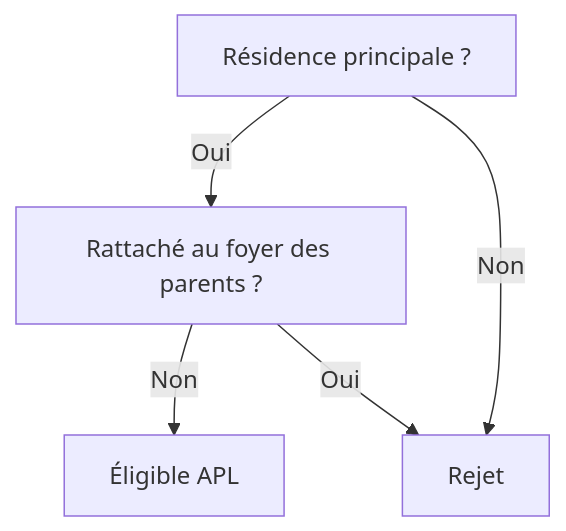
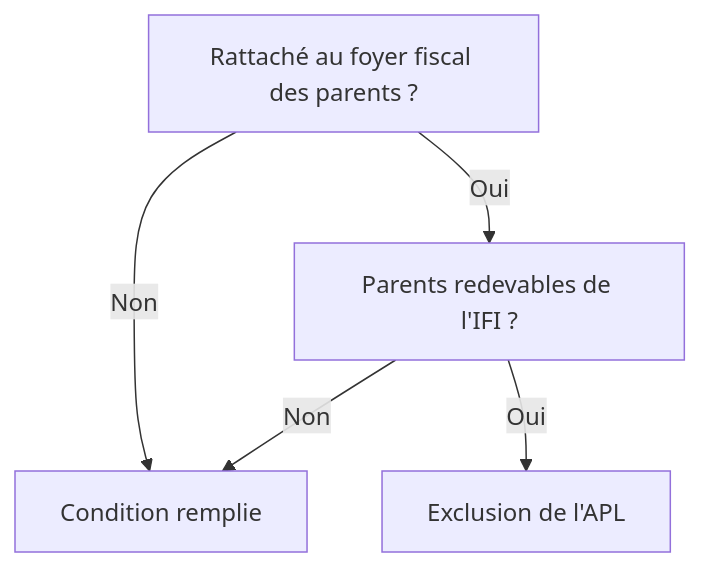
Before and after one commit to betagouv/aides-simplifiees-docs: the diagram in docs/02_simulateurs/02_modeliser-une-aide.md, drawn with Mermaid. The commit also changed other lines of this file and 10 other files, not shown here.

````diff
--- a/docs/02_simulateurs/02_modeliser-une-aide.md
+++ b/docs/02_simulateurs/02_modeliser-une-aide.md
@@ -37,7 +37,7 @@
 ```mermaid
 flowchart TD
-    A["Résidence principale ?"] -->|Oui| B["Rattaché au foyer des parents ?"]
-    B -->|Non| OK["Éligible APL"]
-    B -->|Oui| X["Rejet"]
-    A -->|Non| X
+    A["Rattaché au foyer fiscal des parents ?"] -->|Non| OK["Condition remplie"]
+    A -->|Oui| B["Parents redevables de l'IFI ?"]
+    B -->|Non| OK
+    B -->|Oui| X["Exclusion de l'APL"]
 ```
````
